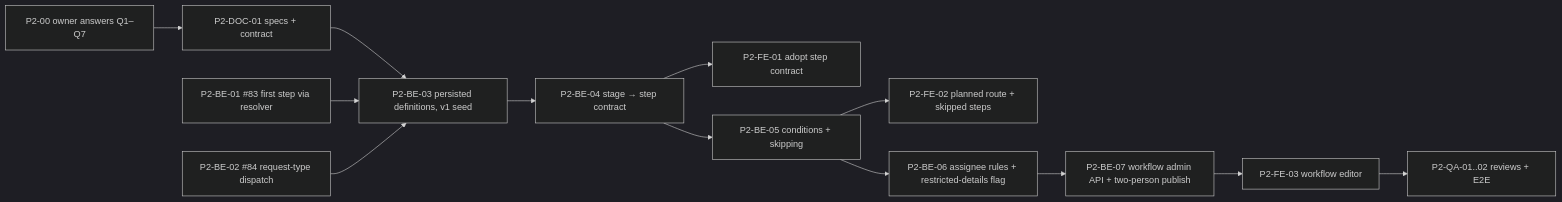
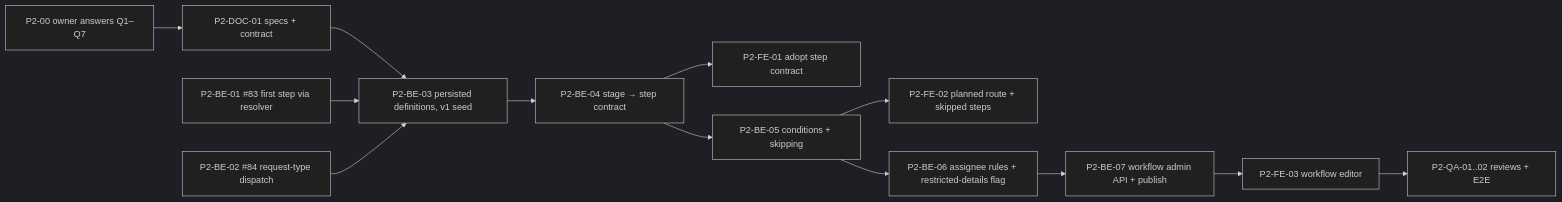
The diagram in docs/PHASE2_TASKS.md (osamashtayat/flowops), drawn with Mermaid (dark theme) before and after one commit. The commit also changed other lines of this file and 5 other files, not shown here.

First line of the commit message:
ADR-0014 Accepted: owner answers #98 (single-admin publish), supersedes ADR-0004

````diff
--- a/docs/PHASE2_TASKS.md
+++ b/docs/PHASE2_TASKS.md
@@ -17,17 +17,17 @@
 ```mermaid
 flowchart LR
   P200[P2-00 owner answers Q1–Q7] --> DOC[P2-DOC-01 specs + contract]
   BE01[P2-BE-01 #83 first step via resolver]
   BE02[P2-BE-02 #84 request-type dispatch]
   DOC --> BE03[P2-BE-03 persisted definitions, v1 seed]
   BE01 --> BE03
   BE02 --> BE03
   BE03 --> BE04[P2-BE-04 stage → step contract]
   BE04 --> FE01[P2-FE-01 adopt step contract]
   BE04 --> BE05[P2-BE-05 conditions + skipping]
   BE05 --> FE02[P2-FE-02 planned route + skipped steps]
   BE05 --> BE06[P2-BE-06 assignee rules + restricted-details flag]
-  BE06 --> BE07[P2-BE-07 workflow admin API + two-person publish]
+  BE06 --> BE07[P2-BE-07 workflow admin API + publish]
   BE07 --> FE03[P2-FE-03 workflow editor]
   FE03 --> QA[P2-QA-01..02 reviews + E2E]
 ```
````
